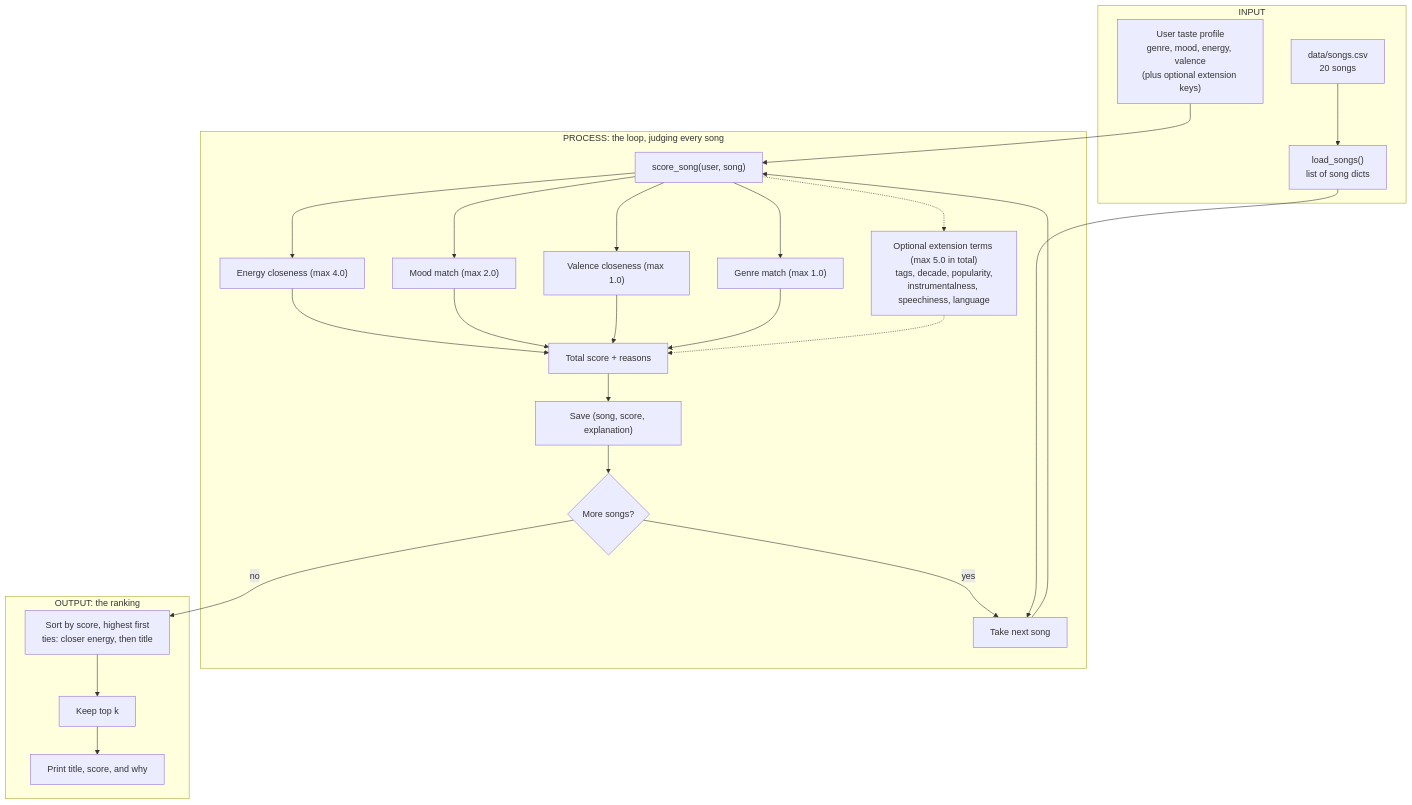
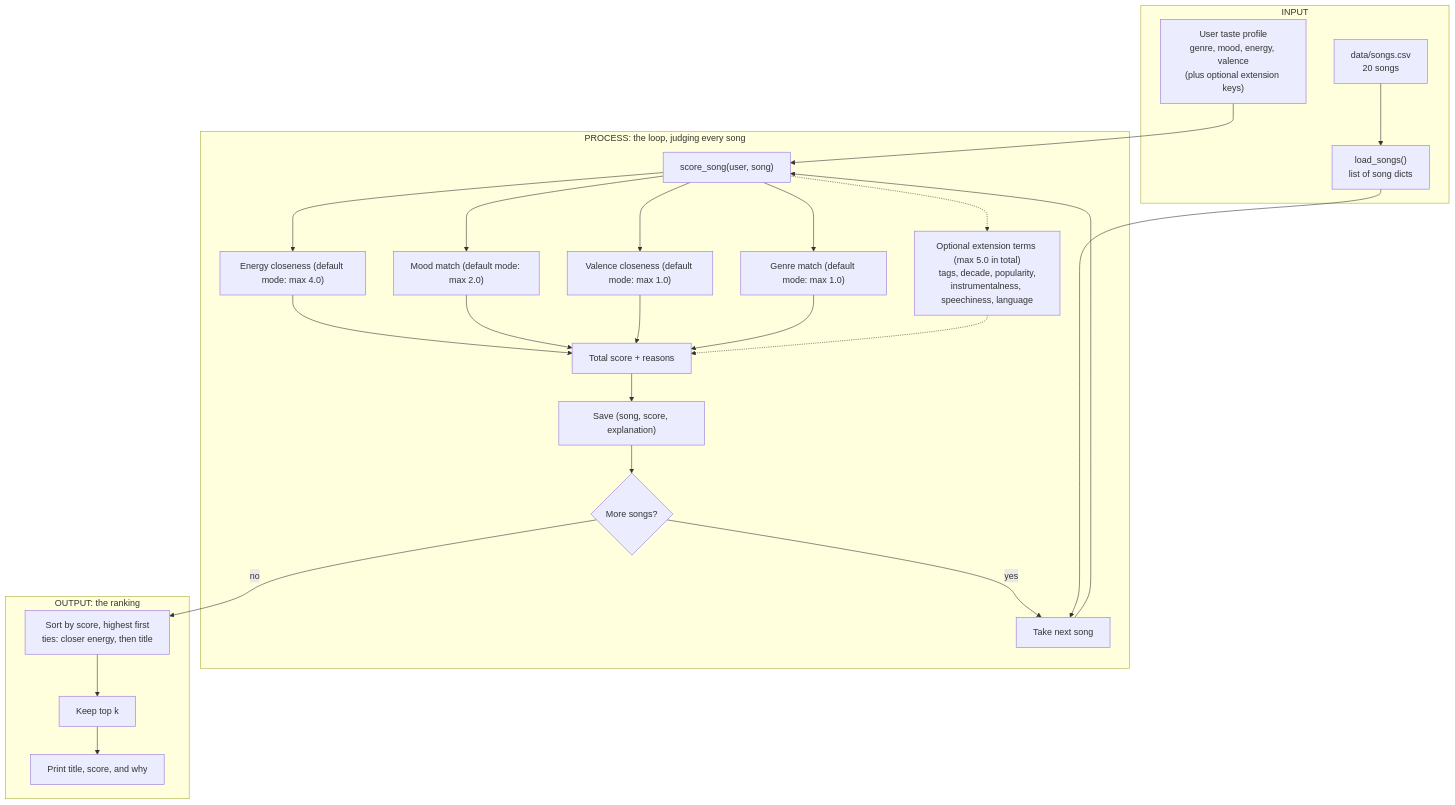
Before and after one commit to LittleNew008/ai110-module3show-musicrecommendersimulation-starter: the diagram in README.md, drawn with Mermaid. The commit also changed other lines of this file and 5 other files, not shown here.

````diff
--- a/README.md
+++ b/README.md
@@ -34,33 +34,33 @@
 ```mermaid
 flowchart TD
     subgraph INPUT["INPUT"]
         U["User taste profile<br/>genre, mood, energy, valence<br/>(plus optional extension keys)"]
         CSV["data/songs.csv<br/>20 songs"] --> LOAD["load_songs()<br/>list of song dicts"]
     end
 
     subgraph PROCESS["PROCESS: the loop, judging every song"]
         NEXT["Take next song"] --> SCORE["score_song(user, song)"]
-        SCORE --> E["Energy closeness (max 4.0)"]
-        SCORE --> M["Mood match (max 2.0)"]
-        SCORE --> V["Valence closeness (max 1.0)"]
-        SCORE --> G["Genre match (max 1.0)"]
+        SCORE --> E["Energy closeness (default mode: max 4.0)"]
+        SCORE --> M["Mood match (default mode: max 2.0)"]
+        SCORE --> V["Valence closeness (default mode: max 1.0)"]
+        SCORE --> G["Genre match (default mode: max 1.0)"]
         SCORE -.-> X["Optional extension terms (max 5.0 in total)<br/>tags, decade, popularity,<br/>instrumentalness, speechiness, language"]
         E --> SUM["Total score + reasons"]
         M --> SUM
         V --> SUM
         G --> SUM
         X -.-> SUM
         SUM --> STORE["Save (song, score, explanation)"]
         STORE --> MORE{"More songs?"}
         MORE -->|yes| NEXT
     end
 
     subgraph OUTPUT["OUTPUT: the ranking"]
         SORT["Sort by score, highest first<br/>ties: closer energy, then title"] --> TOPK["Keep top k"]
         TOPK --> SHOW["Print title, score, and why"]
     end
 
     U --> SCORE
     LOAD --> NEXT
     MORE -->|no| SORT
 ```
````
